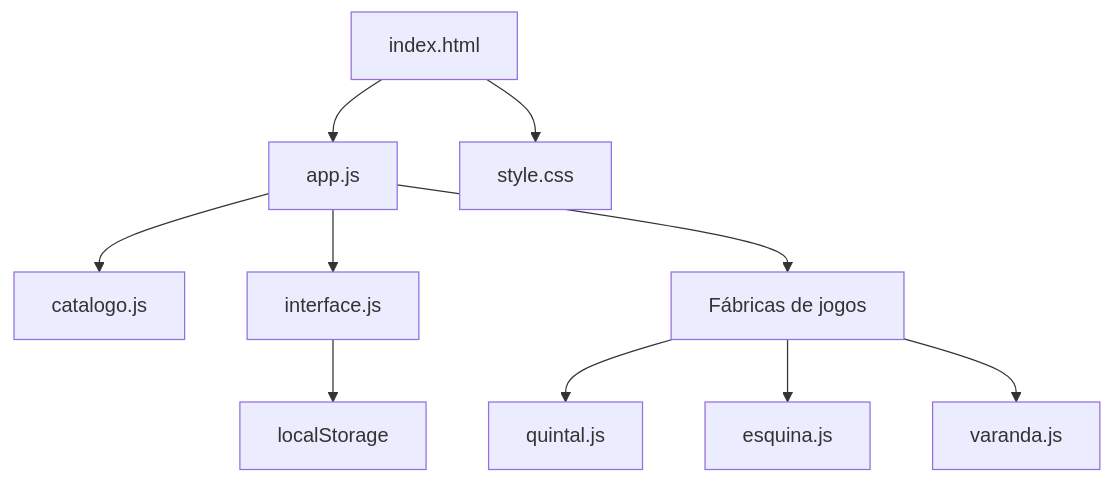
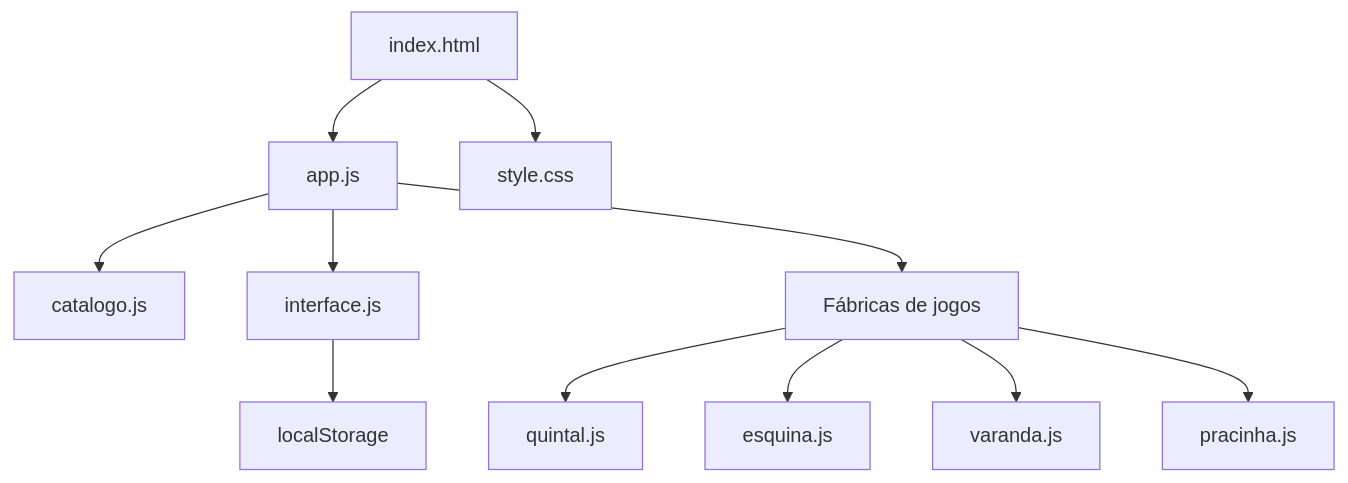
The diagram in README.md (luigiscofano/Miudezas), drawn with Mermaid before and after one commit. The commit also changed other lines of this file and 19 other files, not shown here.

````diff
--- a/README.md
+++ b/README.md
@@ -263,12 +321,13 @@
 ```mermaid
 flowchart TD
   H["index.html"] --> A["app.js"]
   H --> S["style.css"]
   A --> C["catalogo.js"]
   A --> I["interface.js"]
   A --> F["Fábricas de jogos"]
   F --> Q["quintal.js"]
   F --> E["esquina.js"]
   F --> V["varanda.js"]
+  F --> P["pracinha.js"]
   I --> L["localStorage"]
 ```
````
